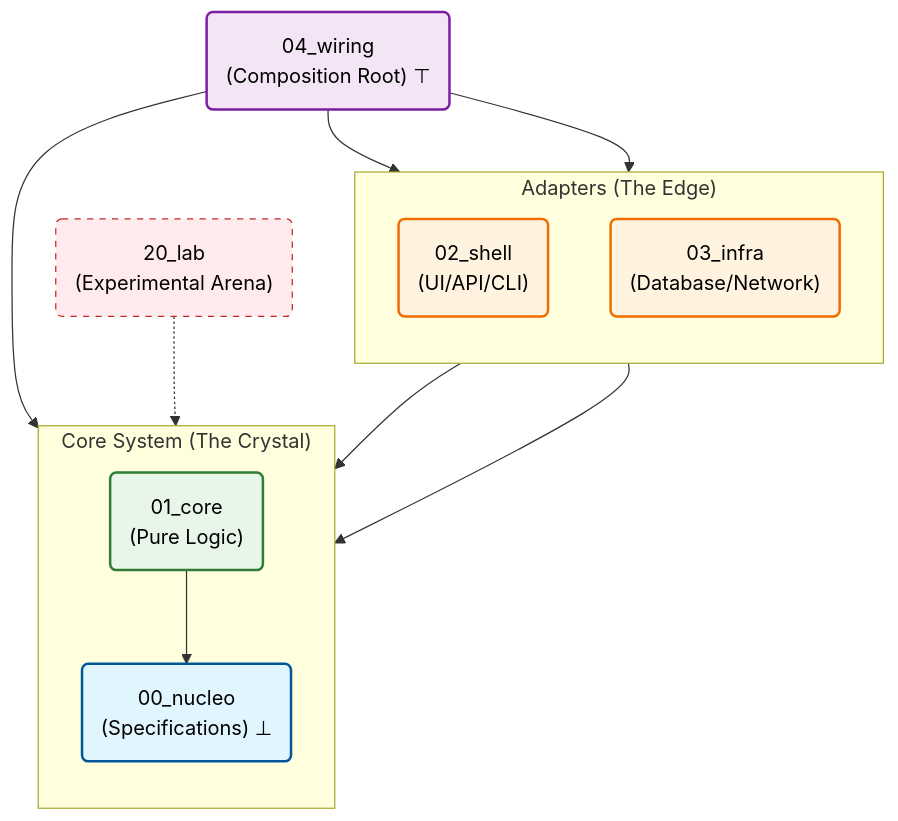
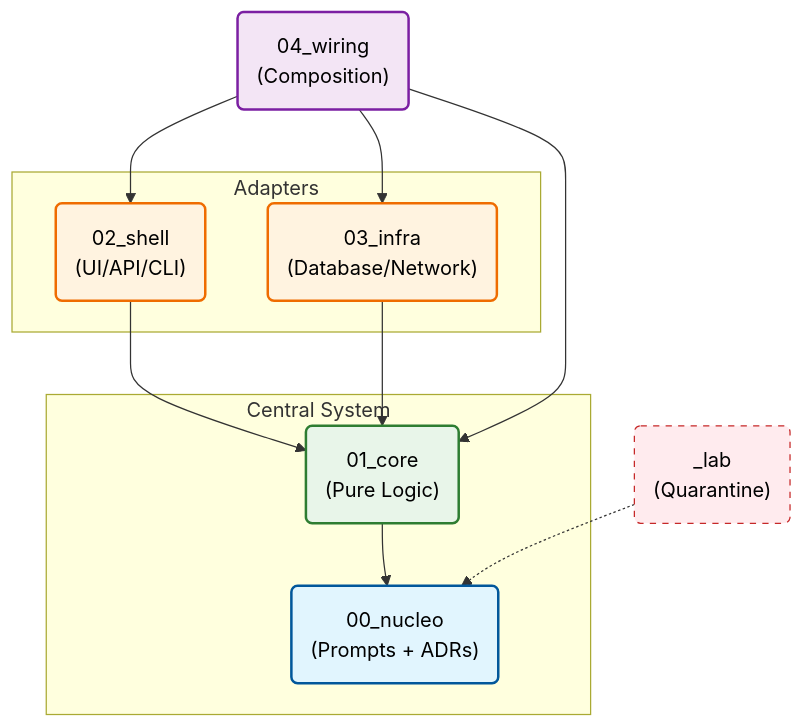
Before and after one commit to Dikluwe/Tekt: the diagram in README.md, drawn with Mermaid. The commit also changed other lines of this file and 7 other files, not shown here.

Commit message:
docs: Clarify and update architectural layer READMEs, removing mathematical formalism and adding code examples.

````diff
--- a/README.md
+++ b/README.md
@@ -159,40 +42,35 @@
 ```mermaid
 graph TD
-    subgraph Crystal ["Core System (The Crystal)"]
-        direction TB
-        N("00_nucleo<br>(Specifications) ⊥")
+    subgraph Crystal ["Central System"]
+        N("00_nucleo<br>(Prompts + ADRs)")
         C("01_core<br>(Pure Logic)")
     end
 
-    subgraph Adapters ["Adapters (The Edge)"]
-        direction TB
+    subgraph Adapters ["Adapters"]
         S("02_shell<br>(UI/API/CLI)")
         I("03_infra<br>(Database/Network)")
     end
 
-    W("04_wiring<br>(Composition Root) ⊤")
-    L("20_lab<br>(Experimental Arena)")
+    W("04_wiring<br>(Composition)")
+    L("_lab<br>(Quarantine)")
 
-
-    %% Dependencies (arrows point toward what is depended upon)
     C --> N
     S --> C
     I --> C
     W --> S
     W --> I
     W --> C
     L -.-> N
-    
-    %% Styles
+
     classDef nucleus fill:#e1f5fe,stroke:#01579b,stroke-width:2px,color:black;
     classDef core fill:#e8f5e9,stroke:#2e7d32,stroke-width:2px,color:black;
     classDef adapters fill:#fff3e0,stroke:#ef6c00,stroke-width:2px,color:black;
     classDef wiring fill:#f3e5f5,stroke:#7b1fa2,stroke-width:2px,color:black;
     classDef lab fill:#ffebee,stroke:#c62828,stroke-dasharray: 5 5,color:black;
 
     class N nucleus;
     class C core;
     class S,I adapters;
     class W wiring;
     class L lab;
 ```
````
